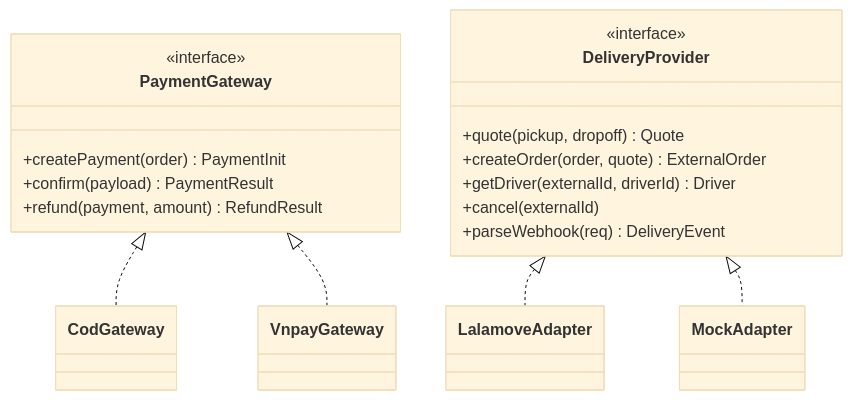
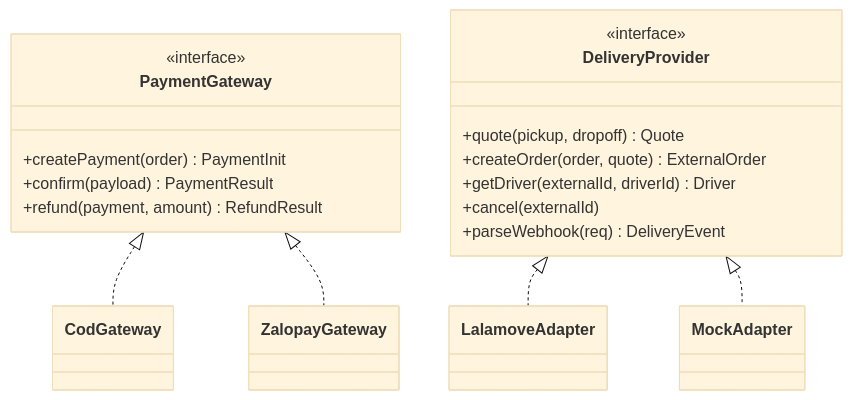
One commit to thanhpino/MobileAppFinalProject-MiaoSong changed the third of 7 diagrams in docs/00-project-plan.md. Above: the diagram before and after it, drawn with Mermaid (base theme). The commit also changed other lines of this file and 51 other files, not shown here.

Commit message:
- completed class diagrams - completed activity diagrams - completed use case diagrams - completed test plans - adjusted the sequence diagrams from TMT after changing from vnpay to zalopay, and ggmap to openstreetmap

````diff
--- a/docs/00-project-plan.md
+++ b/docs/00-project-plan.md
@@ -237,25 +237,25 @@
 ```mermaid
 classDiagram
     class PaymentGateway {
         <<interface>>
         +createPayment(order) PaymentInit
         +confirm(payload) PaymentResult
         +refund(payment, amount) RefundResult
     }
     class CodGateway
-    class VnpayGateway
+    class ZalopayGateway
     PaymentGateway <|.. CodGateway
-    PaymentGateway <|.. VnpayGateway
+    PaymentGateway <|.. ZalopayGateway
     class DeliveryProvider {
         <<interface>>
         +quote(pickup, dropoff) Quote
         +createOrder(order, quote) ExternalOrder
         +getDriver(externalId, driverId) Driver
         +cancel(externalId)
         +parseWebhook(req) DeliveryEvent
     }
     class LalamoveAdapter
     class MockAdapter
     DeliveryProvider <|.. LalamoveAdapter
     DeliveryProvider <|.. MockAdapter
 ```
````
